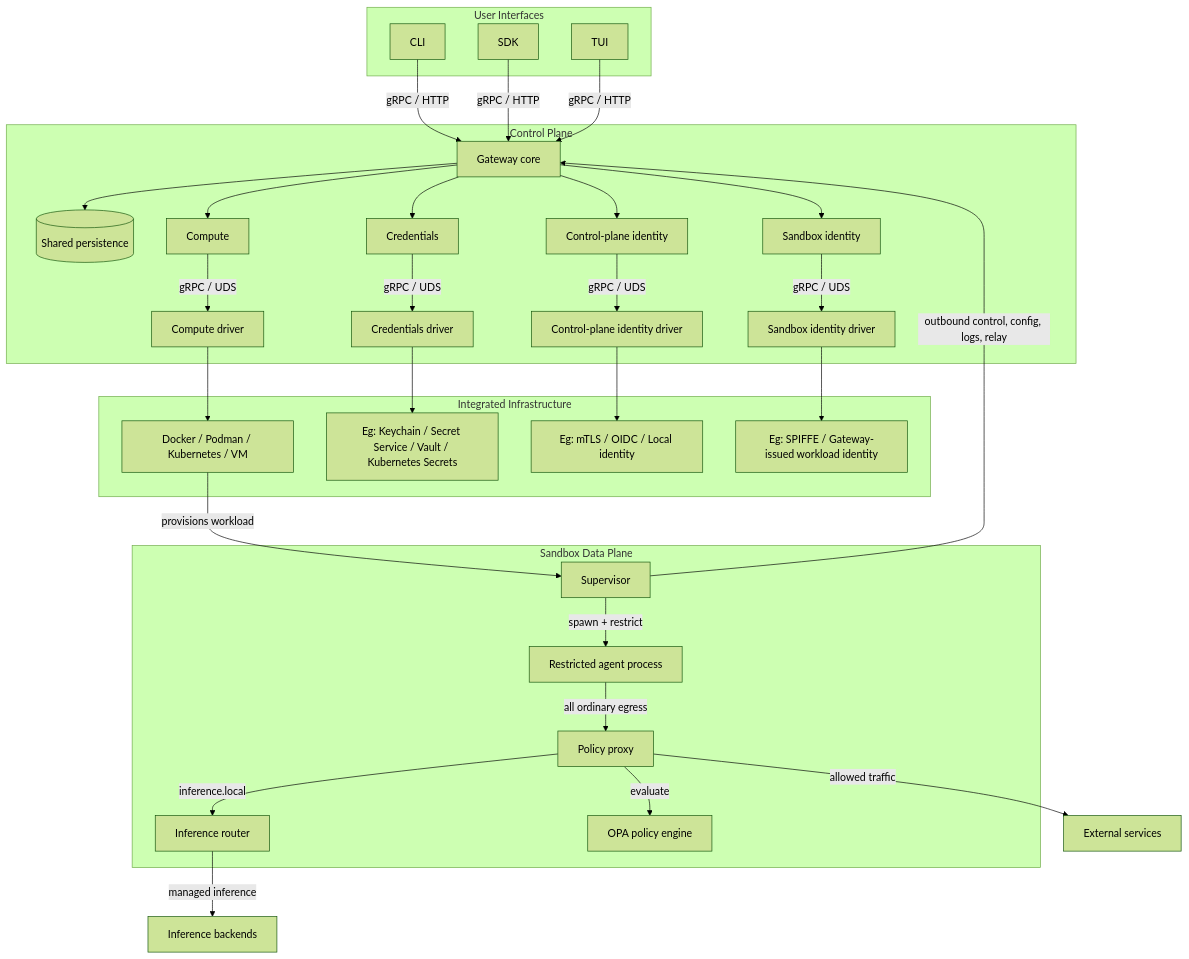
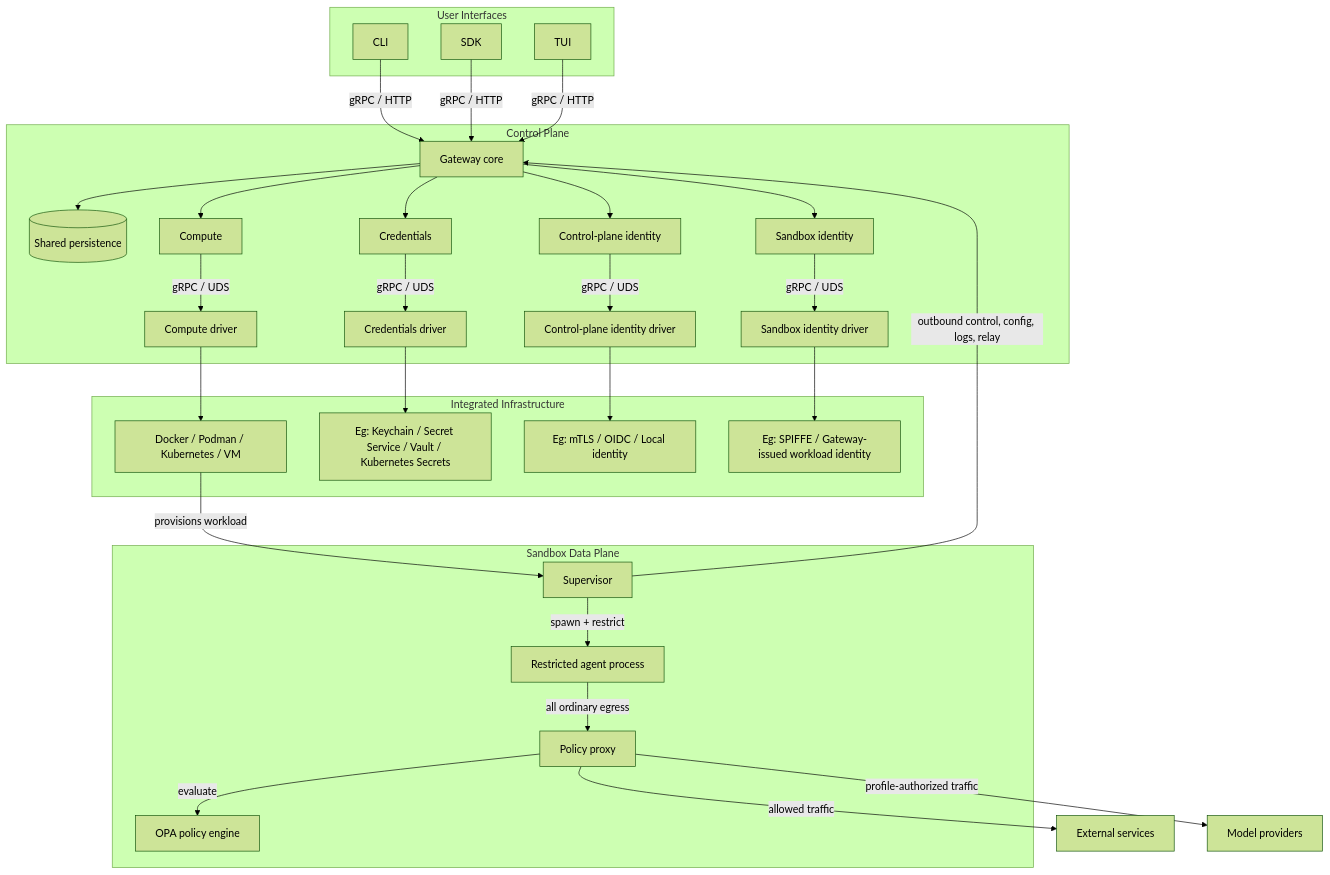
One commit to lightforgedev/OpenShell changed the diagram in architecture/README.md. Above: the diagram before and after it, drawn with Mermaid (forest theme). The commit also changed other lines of this file and 141 other files, not shown here.

First line of the commit message:
refactor(inference): remove managed inference routes (#3195)

````diff
--- a/architecture/README.md
+++ b/architecture/README.md
@@ -22,65 +22,63 @@
 ```mermaid
 flowchart TB
     subgraph USER["User Interfaces"]
         CLI["CLI"]
         SDK["SDK"]
         TUI["TUI"]
     end
 
     subgraph CP["Control Plane"]
         GW["Gateway core"]
         DB[("Shared persistence")]
         COMPUTE["Compute"]
         CREDS["Credentials"]
         CPIDENT["Control-plane identity"]
         SIDENT["Sandbox identity"]
         CDRV["Compute driver"]
         CRDRV["Credentials driver"]
         CPIDRV["Control-plane identity driver"]
         SIDRV["Sandbox identity driver"]
     end
 
     subgraph INFRA["Integrated Infrastructure"]
         RUNTIME["Docker / Podman / Kubernetes / VM"]
         SECRETSTORE["Eg: Keychain / Secret Service / Vault / Kubernetes Secrets"]
         IDP["Eg: mTLS / OIDC / Local identity"]
         WORKLOADID["Eg: SPIFFE / Gateway-issued workload identity"]
     end
 
     subgraph DP["Sandbox Data Plane"]
         SUP["Supervisor"]
         PROXY["Policy proxy"]
-        ROUTER["Inference router"]
         POLICY["OPA policy engine"]
         AGENT["Restricted agent process"]
     end
 
     CLI -->|"gRPC / HTTP"| GW
     SDK -->|"gRPC / HTTP"| GW
     TUI -->|"gRPC / HTTP"| GW
 
     GW --> DB
     GW --> COMPUTE
     GW --> CREDS
     GW --> CPIDENT
     GW --> SIDENT
 
     COMPUTE -->|"gRPC / UDS"| CDRV
     CREDS -->|"gRPC / UDS"| CRDRV
     CPIDENT -->|"gRPC / UDS"| CPIDRV
     SIDENT -->|"gRPC / UDS"| SIDRV
 
     CDRV --> RUNTIME
     CRDRV --> SECRETSTORE
     CPIDRV --> IDP
     SIDRV --> WORKLOADID
     RUNTIME -->|"provisions workload"| SUP
 
     SUP -->|"outbound control, config, logs, relay"| GW
     SUP -->|"spawn + restrict"| AGENT
     AGENT -->|"all ordinary egress"| PROXY
     PROXY -->|"evaluate"| POLICY
     PROXY -->|"allowed traffic"| EXT["External services"]
-    PROXY -->|"inference.local"| ROUTER
-    ROUTER -->|"managed inference"| MODEL["Inference backends"]
+    PROXY -->|"profile-authorized traffic"| MODEL["Model providers"]
 ```
````
